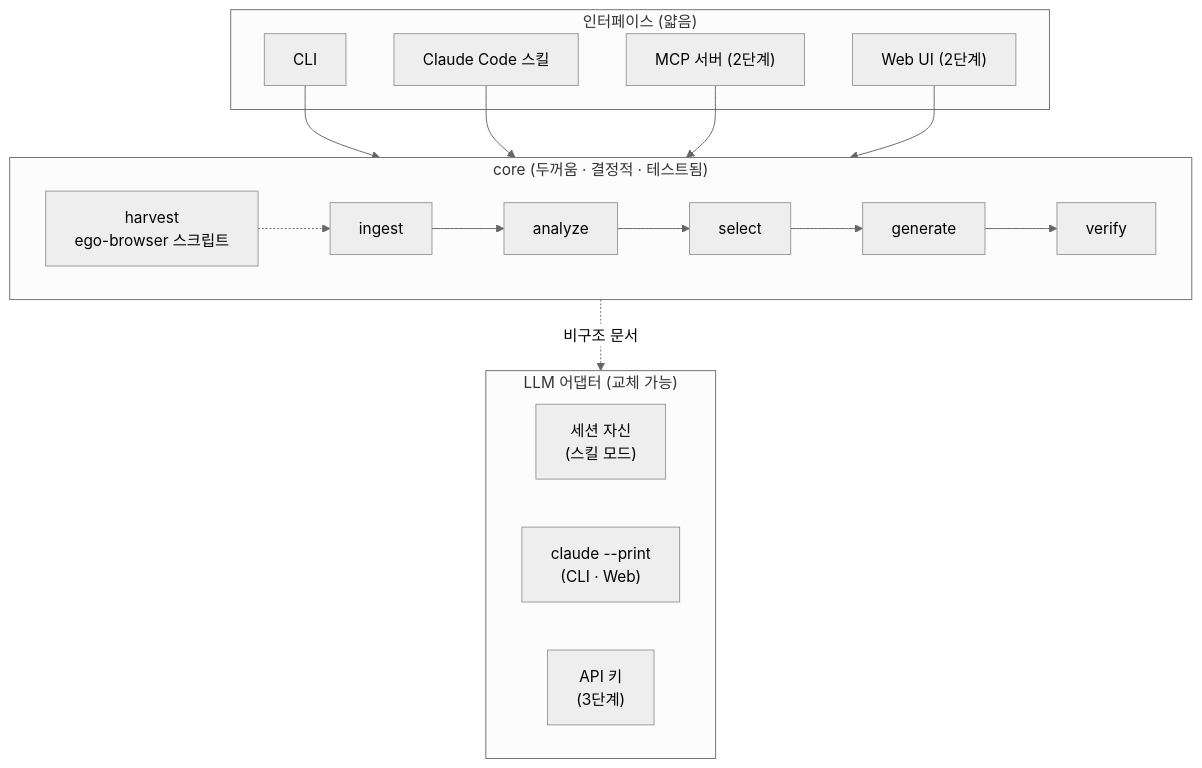
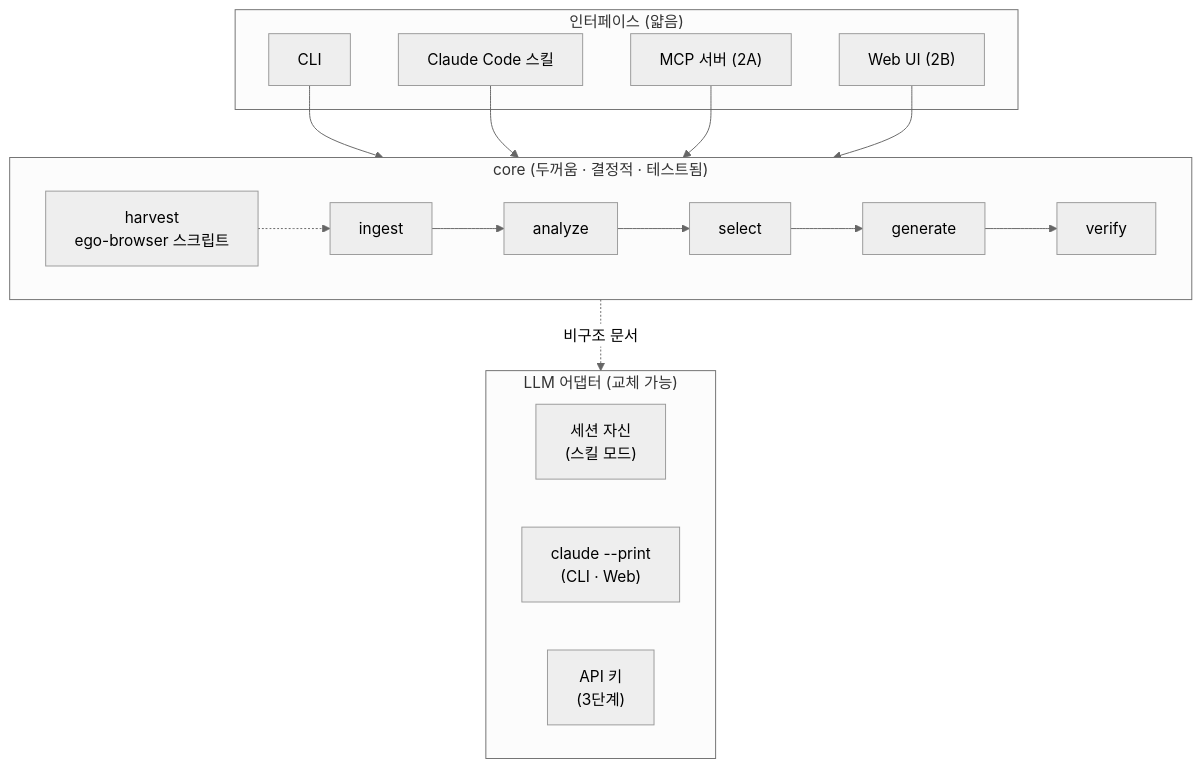
One commit to geonhos/specmock changed the second of 9 diagrams in docs/architecture.md. Above: the diagram before and after it, drawn with Mermaid (neutral theme). The commit also changed other lines of this file and 3 other files, not shown here.

````diff
--- a/docs/architecture.md
+++ b/docs/architecture.md
@@ -22,24 +22,24 @@
 ```mermaid
 flowchart TB
     subgraph 인터페이스["인터페이스 (얇음)"]
         CLI[CLI]
         SKILL[Claude Code 스킬]
-        MCP["MCP 서버 (2단계)"]
-        WEB["Web UI (2단계)"]
+        MCP["MCP 서버 (2A)"]
+        WEB["Web UI (2B)"]
     end
 
     subgraph CORE["core (두꺼움 · 결정적 · 테스트됨)"]
         direction LR
         ING[ingest] --> ANA[analyze] --> SELM[select] --> GENM[generate] --> VER[verify]
         HARV[harvest<br/>ego-browser 스크립트] -.-> ING
     end
 
     subgraph LLM["LLM 어댑터 (교체 가능)"]
         A1["세션 자신<br/>(스킬 모드)"]
         A2["claude --print<br/>(CLI · Web)"]
         A3["API 키<br/>(3단계)"]
     end
 
     CLI & SKILL & MCP & WEB --> CORE
     ANA -.비구조 문서.-> LLM
 ```
````
